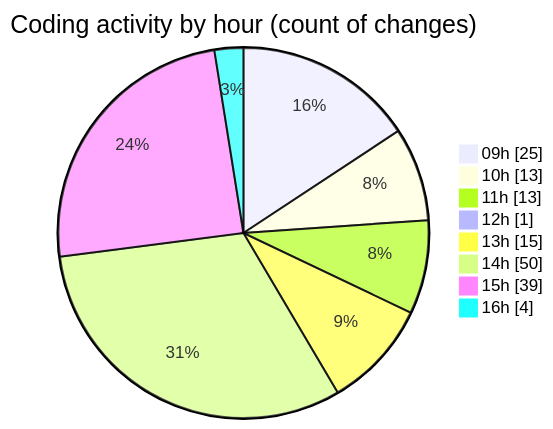
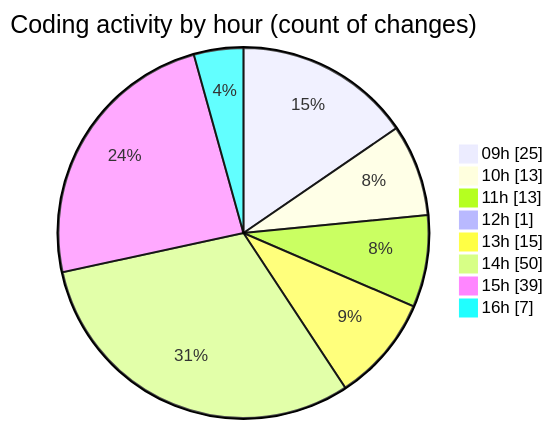
One commit to momahboobian/code-tracking changed the second of 2 diagrams in 2025-05-07/cda/README.md. Above: the diagram before and after it, drawn with Mermaid. The commit also changed other lines of this file and 1 other file, not shown here.

````diff
--- a/2025-05-07/cda/README.md
+++ b/2025-05-07/cda/README.md
@@ -115,12 +115,12 @@
 ```mermaid
 pie showData
 title Coding activity by hour (count of changes)
 "09h" : 25
 "10h" : 13
 "11h" : 13
 "12h" : 1
 "13h" : 15
 "14h" : 50
 "15h" : 39
-"16h" : 4
+"16h" : 7
 ```
````
